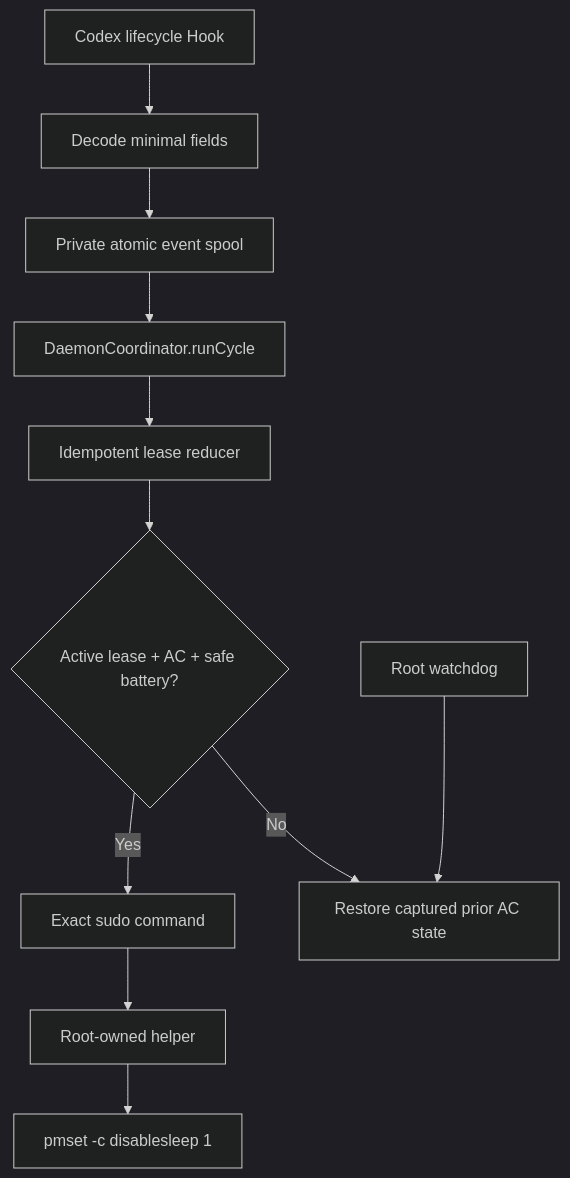
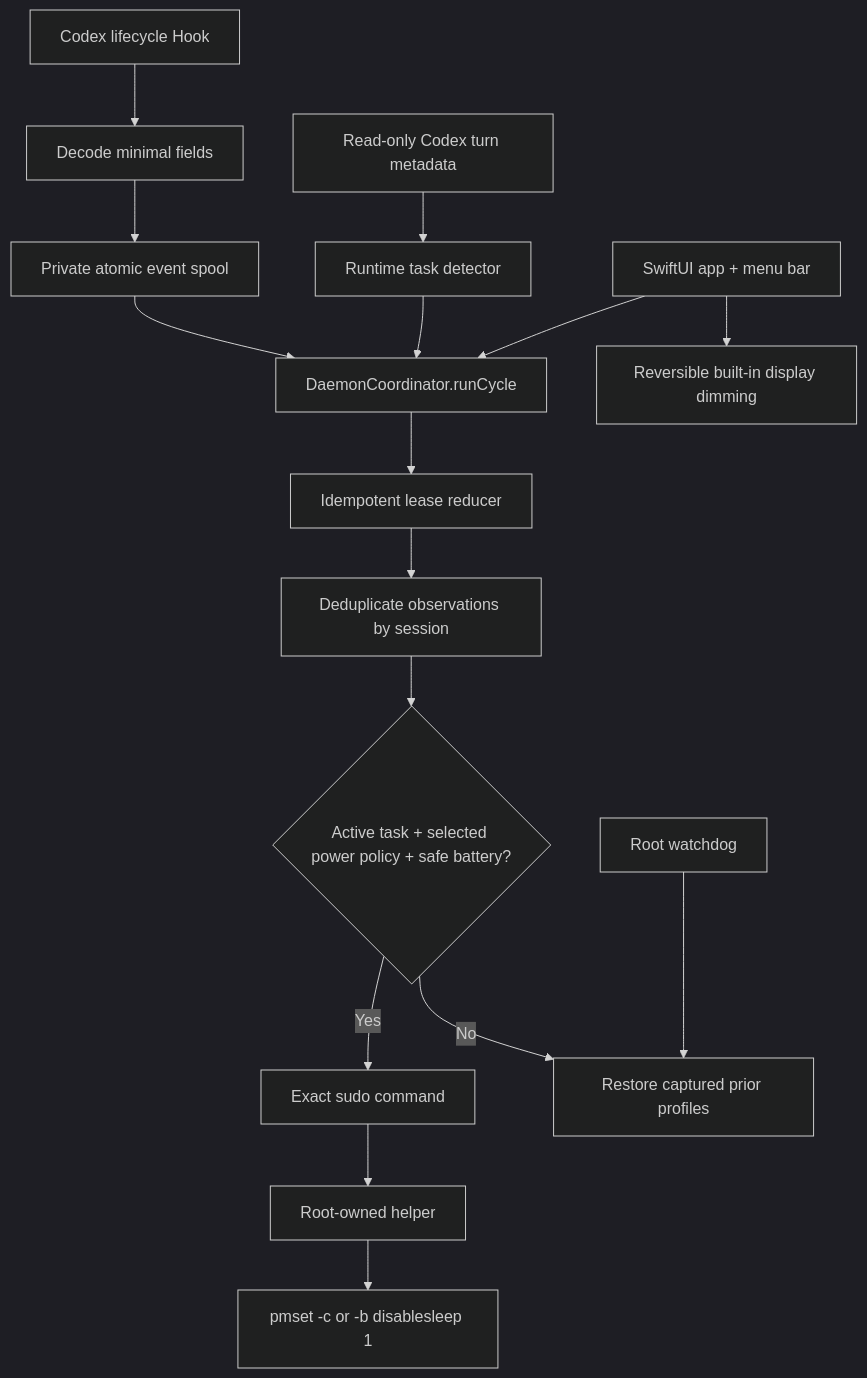
Before and after one commit to Apex-Studio-He/codex-lid-keeper: the diagram in docs/ARCHITECTURE.md, drawn with Mermaid (dark theme). The commit also changed other lines of this file and 43 other files, not shown here.

Commit message:
Build native macOS app with accurate task tracking (#2)

````diff
--- a/docs/ARCHITECTURE.md
+++ b/docs/ARCHITECTURE.md
@@ -19,13 +19,18 @@
 ```mermaid
 flowchart TD
     A["Codex lifecycle Hook"] --> B["Decode minimal fields"]
     B --> C["Private atomic event spool"]
     C --> D["DaemonCoordinator.runCycle"]
+    N["Read-only Codex turn metadata"] --> O["Runtime task detector"]
+    O --> D
     D --> E["Idempotent lease reducer"]
-    E --> F{"Active lease + AC + safe battery?"}
+    E --> P["Deduplicate observations by session"]
+    P --> F{"Active task + selected power policy + safe battery?"}
     F -- "Yes" --> G["Exact sudo command"]
     G --> H["Root-owned helper"]
-    H --> I["pmset -c disablesleep 1"]
-    F -- "No" --> J["Restore captured prior AC state"]
+    H --> I["pmset -c or -b disablesleep 1"]
+    F -- "No" --> J["Restore captured prior profiles"]
     K["Root watchdog"] --> J
+    L["SwiftUI app + menu bar"] --> D
+    L --> M["Reversible built-in display dimming"]
 ```
````
